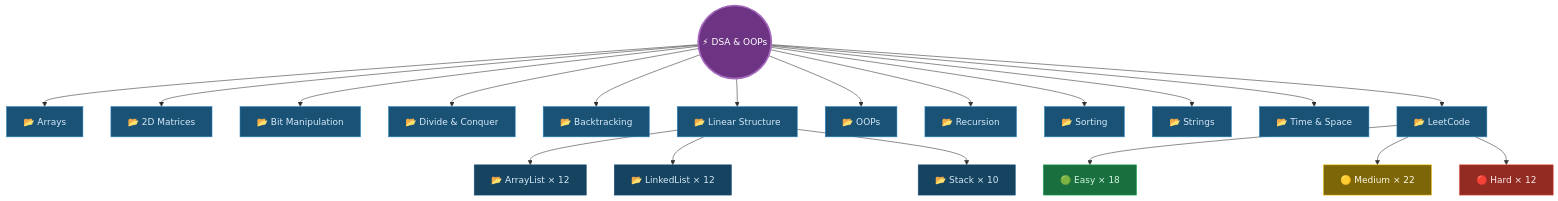
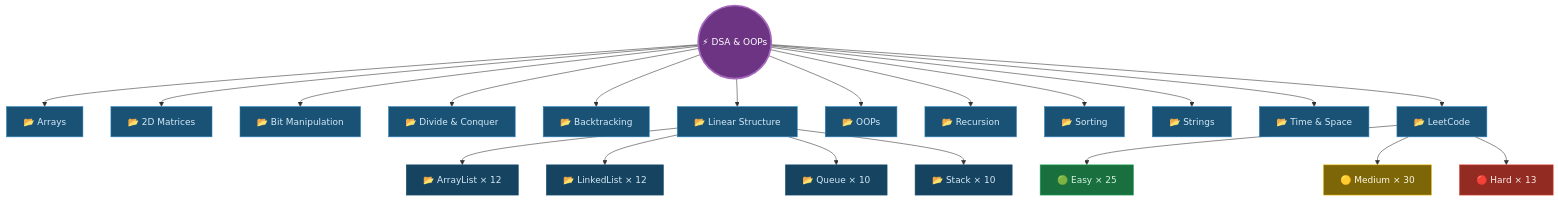
Before and after one commit to raghuvanshi-sec/DSA: the second of 2 diagrams in README.md, drawn with Mermaid. The commit also changed other lines of this file and 13 other files, not shown here.

````diff
--- a/README.md
+++ b/README.md
@@ -81,45 +82,47 @@
 ```mermaid
     flowchart TD
     R(("⚡ DSA & OOPs"))
 
     R --> A["📂 Arrays"]
     R --> M["📂 2D Matrices"]
     R --> B["📂 Bit Manipulation"]
     R --> DC["📂 Divide & Conquer"]
     R --> BK["📂 Backtracking"]
     R --> LS["📂 Linear Structure"]
     R --> O["📂 OOPs"]
     R --> REC["📂 Recursion"]
     R --> S["📂 Sorting"]
     R --> ST["📂 Strings"]
     R --> TS["📂 Time & Space"]
     R --> LC["📂 LeetCode"]
 
     LS --> AL["📂 ArrayList × 12"]
     LS --> LL["📂 LinkedList × 12"]
+    LS --> Q["📂 Queue × 10"]
     LS --> STK["📂 Stack × 10"]
 
-    LC --> E["🟢 Easy × 18"]
-    LC --> MD["🟡 Medium × 22"]
-    LC --> H["🔴 Hard × 12"]
+    LC --> E["🟢 Easy × 25"]
+    LC --> MD["🟡 Medium × 30"]
+    LC --> H["🔴 Hard × 13"]
 
     style R fill:#6c3483,stroke:#a569bd,stroke-width:3px,color:#fff
     style A fill:#1a5276,stroke:#2e86c1,color:#d6eaf8
     style M fill:#1a5276,stroke:#2e86c1,color:#d6eaf8
     style B fill:#1a5276,stroke:#2e86c1,color:#d6eaf8
     style DC fill:#1a5276,stroke:#2e86c1,color:#d6eaf8
     style BK fill:#1a5276,stroke:#2e86c1,color:#d6eaf8
     style LS fill:#1a5276,stroke:#2e86c1,color:#d6eaf8
     style AL fill:#154360,stroke:#1a5276,color:#d6eaf8
     style LL fill:#154360,stroke:#1a5276,color:#d6eaf8
+    style Q fill:#154360,stroke:#1a5276,color:#d6eaf8
     style STK fill:#154360,stroke:#1a5276,color:#d6eaf8
     style O fill:#1a5276,stroke:#2e86c1,color:#d6eaf8
     style REC fill:#1a5276,stroke:#2e86c1,color:#d6eaf8
     style S fill:#1a5276,stroke:#2e86c1,color:#d6eaf8
     style ST fill:#1a5276,stroke:#2e86c1,color:#d6eaf8
     style TS fill:#1a5276,stroke:#2e86c1,color:#d6eaf8
     style LC fill:#1a5276,stroke:#2e86c1,color:#d6eaf8
     style E fill:#196f3d,stroke:#27ae60,color:#d5f5e3
     style MD fill:#7d6608,stroke:#f1c40f,color:#fef9e7
     style H fill:#922b21,stroke:#e74c3c,color:#fdedec
 ```
````
